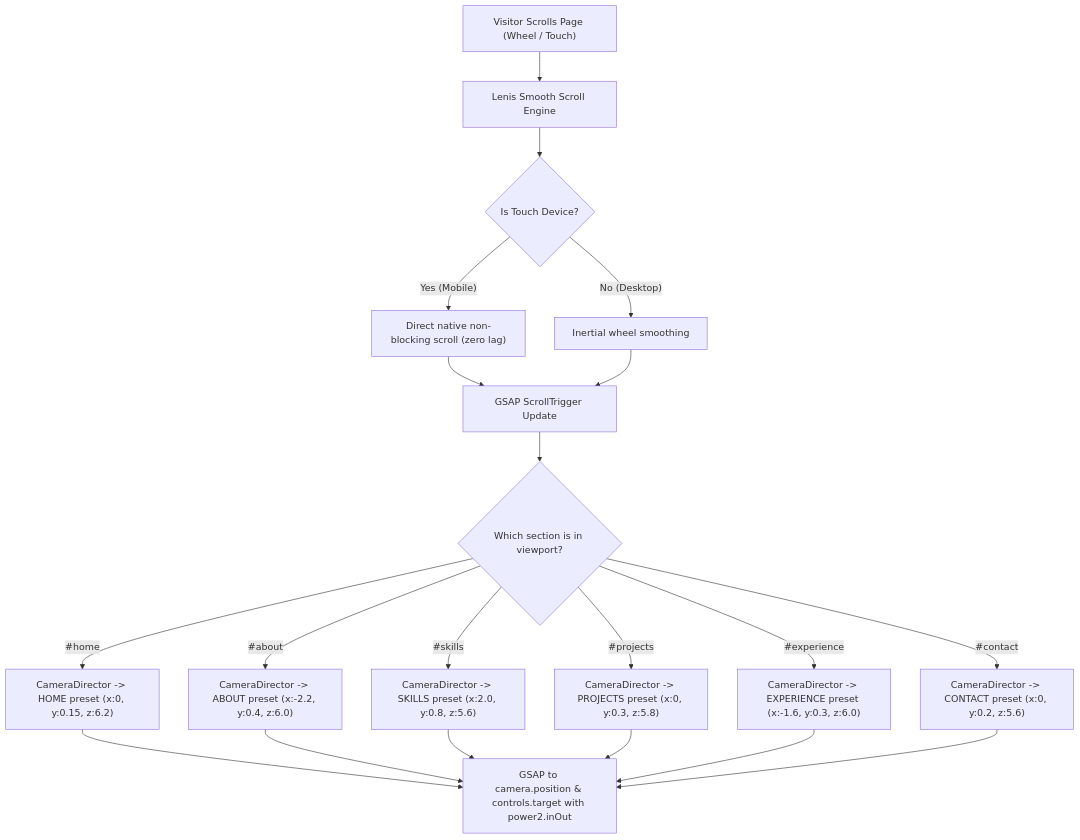
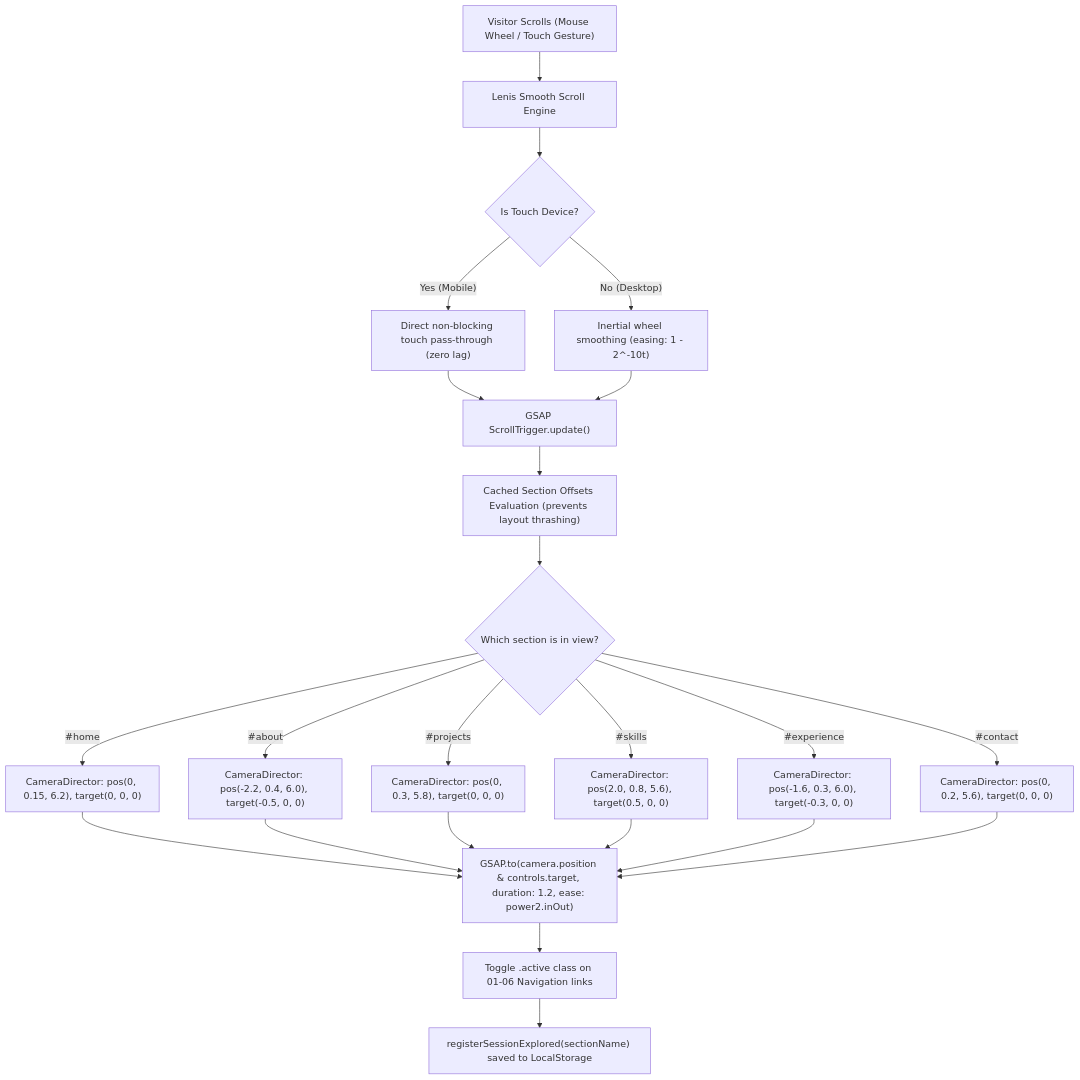
The seventh of 13 diagrams in FLOWCHARTS.md (ShivamGrover-05/3D-Portfolio), drawn with Mermaid before and after one commit. The commit also changed other lines of this file, not shown here.

Commit message:
docs: comprehensive update to system flowcharts, function reference, and API architecture

````diff
--- a/FLOWCHARTS.md
+++ b/FLOWCHARTS.md
@@ -190,25 +349,30 @@
 ```mermaid
 flowchart TD
-    Scroll["Visitor Scrolls Page (Wheel / Touch)"] --> Lenis["Lenis Smooth Scroll Engine"]
+    Scroll["Visitor Scrolls (Mouse Wheel / Touch Gesture)"] --> Lenis["Lenis Smooth Scroll Engine"]
     Lenis --> CheckTouch{"Is Touch Device?"}
-    CheckTouch -- "Yes (Mobile)" --> NativeScroll["Direct native non-blocking scroll (zero lag)"]
-    CheckTouch -- "No (Desktop)" --> InertialScroll["Inertial wheel smoothing"]
+    CheckTouch -- "Yes (Mobile)" --> DirectTouch["Direct non-blocking touch pass-through (zero lag)"]
+    CheckTouch -- "No (Desktop)" --> InertialScroll["Inertial wheel smoothing (easing: 1 - 2^-10t)"]
     
-    NativeScroll --> Trigger["GSAP ScrollTrigger Update"]
+    DirectTouch --> Trigger["GSAP ScrollTrigger.update()"]
     InertialScroll --> Trigger
     
-    Trigger --> ActiveSec{"Which section is in viewport?"}
-    ActiveSec -- "#home" --> CamHome["CameraDirector -> HOME preset (x:0, y:0.15, z:6.2)"]
-    ActiveSec -- "#about" --> CamAbout["CameraDirector -> ABOUT preset (x:-2.2, y:0.4, z:6.0)"]
-    ActiveSec -- "#skills" --> CamSkills["CameraDirector -> SKILLS preset (x:2.0, y:0.8, z:5.6)"]
-    ActiveSec -- "#projects" --> CamProjects["CameraDirector -> PROJECTS preset (x:0, y:0.3, z:5.8)"]
-    ActiveSec -- "#experience" --> CamExp["CameraDirector -> EXPERIENCE preset (x:-1.6, y:0.3, z:6.0)"]
-    ActiveSec -- "#contact" --> CamContact["CameraDirector -> CONTACT preset (x:0, y:0.2, z:5.6)"]
-
-    CamHome --> GSAPTween["GSAP to camera.position & controls.target with power2.inOut"]
-    CamAbout --> GSAPTween
-    CamSkills --> GSAPTween
-    CamProjects --> GSAPTween
-    CamExp --> GSAPTween
-    CamContact --> GSAPTween
+    Trigger --> CacheCheck["Cached Section Offsets Evaluation (prevents layout thrashing)"]
+    CacheCheck --> ActiveSection{"Which section is in view?"}
+    
+    ActiveSection -- "#home" --> PresetHome["CameraDirector: pos(0, 0.15, 6.2), target(0, 0, 0)"]
+    ActiveSection -- "#about" --> PresetAbout["CameraDirector: pos(-2.2, 0.4, 6.0), target(-0.5, 0, 0)"]
+    ActiveSection -- "#projects" --> PresetProjects["CameraDirector: pos(0, 0.3, 5.8), target(0, 0, 0)"]
+    ActiveSection -- "#skills" --> PresetSkills["CameraDirector: pos(2.0, 0.8, 5.6), target(0.5, 0, 0)"]
+    ActiveSection -- "#experience" --> PresetExp["CameraDirector: pos(-1.6, 0.3, 6.0), target(-0.3, 0, 0)"]
+    ActiveSection -- "#contact" --> PresetContact["CameraDirector: pos(0, 0.2, 5.6), target(0, 0, 0)"]
+    
+    PresetHome --> TweenCamera["GSAP.to(camera.position & controls.target, duration: 1.2, ease: power2.inOut)"]
+    PresetAbout --> TweenCamera
+    PresetProjects --> TweenCamera
+    PresetSkills --> TweenCamera
+    PresetExp --> TweenCamera
+    PresetContact --> TweenCamera
+    
+    TweenCamera --> UpdatePills["Toggle .active class on 01-06 Navigation links"]
+    UpdatePills --> RegisterSession["registerSessionExplored(sectionName) saved to LocalStorage"]
 ```
````
